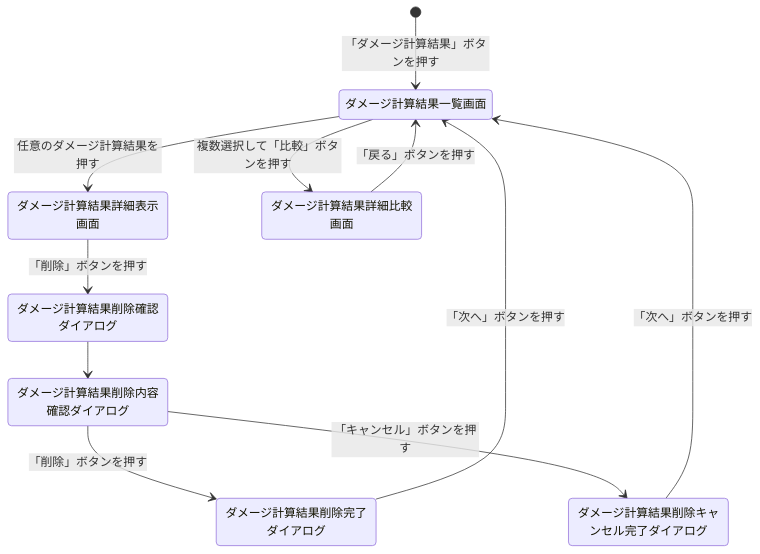
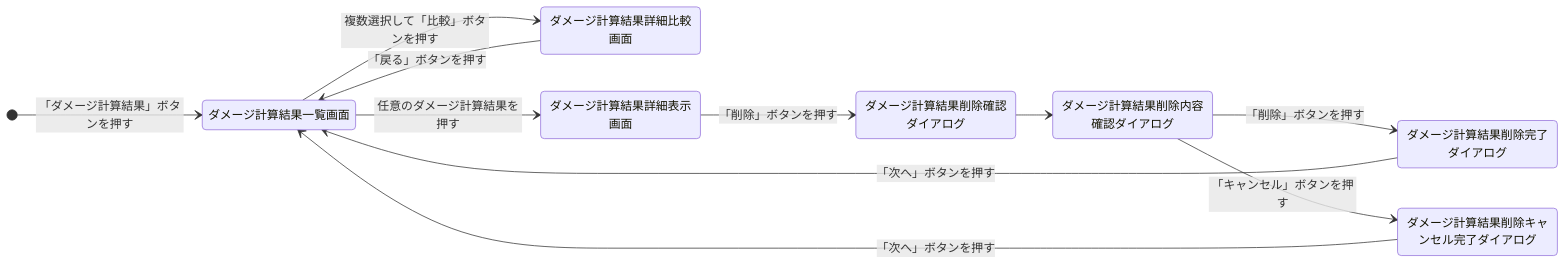
The sixth of 7 diagrams in README.md (Ryosuke-Yamasaki/Genshin-Desktop-App), drawn with Mermaid before and after one commit. The commit also changed other lines of this file, not shown here.

````diff
--- a/README.md
+++ b/README.md
@@ -382,13 +387,14 @@
 ```mermaid
 stateDiagram-v2
+  direction LR
   [*] --> ダメージ計算結果一覧画面 : 「ダメージ計算結果」ボタンを押す
-  ダメージ計算結果一覧画面 --> ダメージ計算結果詳細表示画面 : 任意のダメージ計算結果を押す
   ダメージ計算結果一覧画面 --> ダメージ計算結果詳細比較画面 : 複数選択して「比較」ボタンを押す
   ダメージ計算結果詳細比較画面 --> ダメージ計算結果一覧画面 : 「戻る」ボタンを押す
+  ダメージ計算結果一覧画面 --> ダメージ計算結果詳細表示画面 : 任意のダメージ計算結果を押す
   ダメージ計算結果詳細表示画面 --> ダメージ計算結果削除確認ダイアログ : 「削除」ボタンを押す
   ダメージ計算結果削除確認ダイアログ --> ダメージ計算結果削除内容確認ダイアログ
   ダメージ計算結果削除内容確認ダイアログ --> ダメージ計算結果削除完了ダイアログ : 「削除」ボタンを押す
   ダメージ計算結果削除内容確認ダイアログ --> ダメージ計算結果削除キャンセル完了ダイアログ : 「キャンセル」ボタンを押す
   ダメージ計算結果削除完了ダイアログ --> ダメージ計算結果一覧画面 : 「次へ」ボタンを押す
   ダメージ計算結果削除キャンセル完了ダイアログ --> ダメージ計算結果一覧画面 : 「次へ」ボタンを押す
 ```
````
